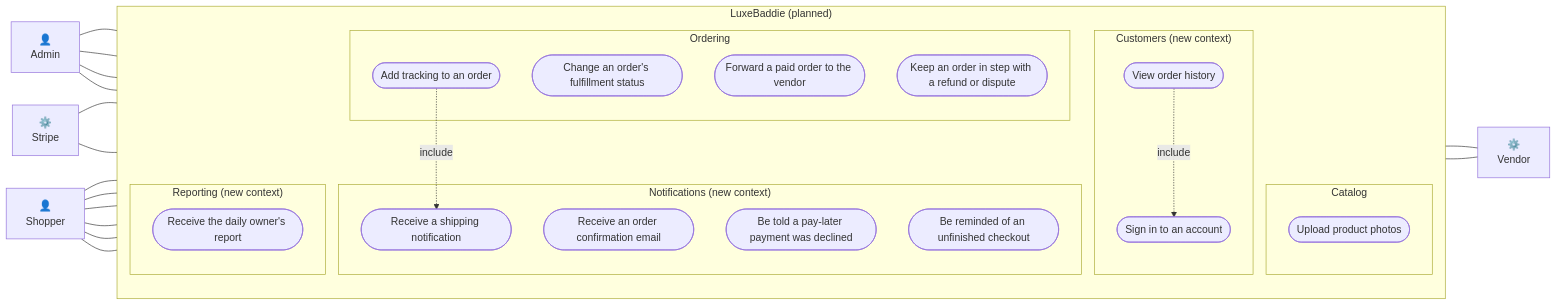
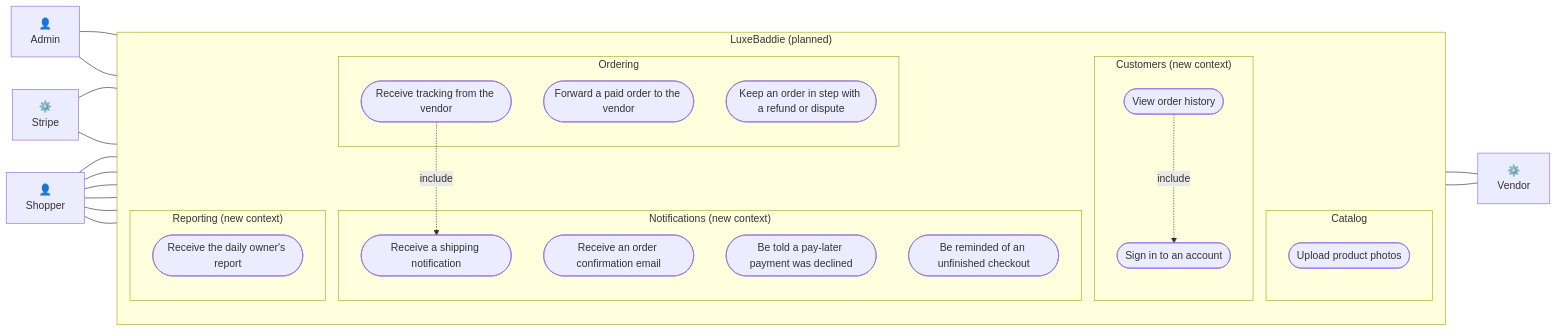
The third of 3 diagrams in docs/use-case-diagrams.md (rossislike/luxebaddie), drawn with Mermaid before and after one commit. The commit also changed other lines of this file and 42 other files, not shown here.

First line of the commit message:
Add order screens and fulfillment steps to the back office

````diff
--- a/docs/use-case-diagrams.md
+++ b/docs/use-case-diagrams.md
@@ -165,57 +171,54 @@
 ```mermaid
 flowchart LR
     shopper["👤<br/>Shopper"]
     admin["👤<br/>Admin"]
     vendor["⚙️<br/>Vendor"]
     stripe["⚙️<br/>Stripe"]
 
     subgraph system["LuxeBaddie (planned)"]
         direction TB
 
         subgraph catalogCtx["Catalog"]
             photos([Upload product photos])
         end
 
         subgraph orderingCtx["Ordering"]
-            status([Change an order's fulfillment status])
-            tracking([Add tracking to an order])
+            tracking([Receive tracking from the vendor])
             forward([Forward a paid order to the vendor])
             refund([Keep an order in step with a refund or dispute])
         end
 
         subgraph notifyCtx["Notifications (new context)"]
             confirmEmail([Receive an order confirmation email])
             shipEmail([Receive a shipping notification])
             declined([Be told a pay-later payment was declined])
             abandoned([Be reminded of an unfinished checkout])
         end
 
         subgraph customerCtx["Customers (new context)"]
             account([Sign in to an account])
             history([View order history])
         end
 
         subgraph reportCtx["Reporting (new context)"]
             report([Receive the daily owner's report])
         end
     end
 
     admin --- photos
-    admin --- status
-    admin --- tracking
     admin --- report
     forward --- vendor
     vendor --- tracking
     stripe --- refund
     stripe --- declined
 
     shopper --- confirmEmail
     shopper --- shipEmail
     shopper --- declined
     shopper --- abandoned
     shopper --- account
     shopper --- history
 
     tracking -. include .-> shipEmail
     history -. include .-> account
 ```
````
